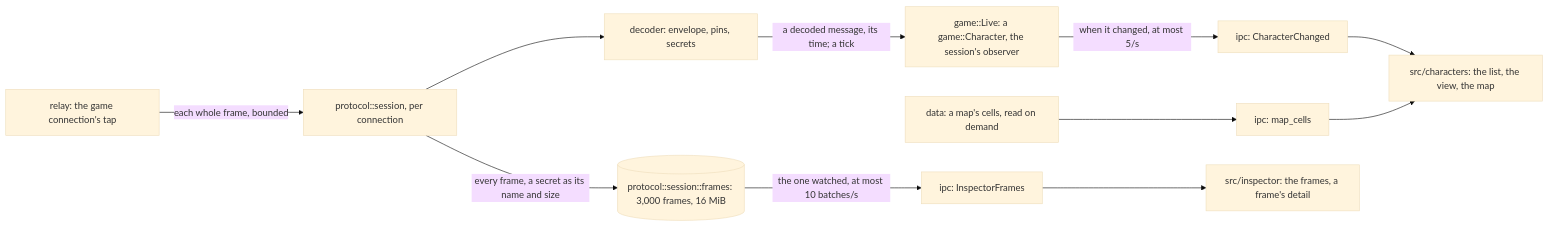
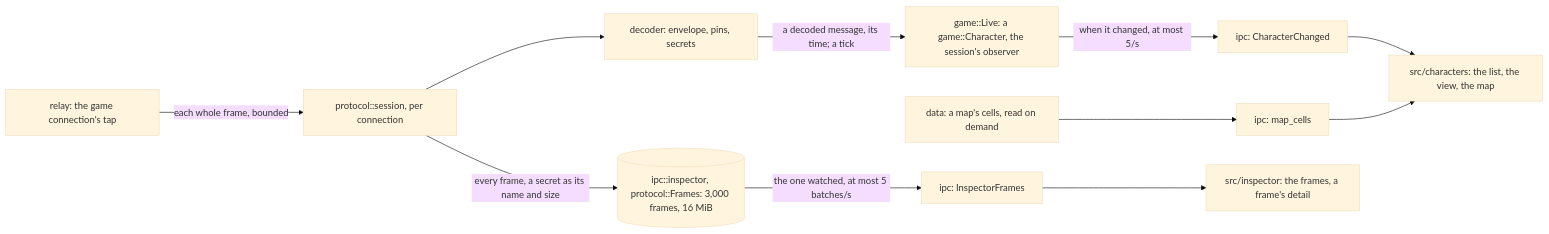
The diagram in docs/game.md (AerafalDev/D3B), drawn with Mermaid (base theme) before and after one commit. The commit also changed 12 other files, not shown here.

Commit message:
feat(ipc): keep each connection's last frames and stream the one watched

````diff
--- a/docs/game.md
+++ b/docs/game.md
@@ -7,13 +7,13 @@
 ```mermaid
 flowchart LR
     tap["relay: the game connection's tap"] -->|"each whole frame, bounded"| task["protocol::session, per connection"]
     task --> dec["decoder: envelope, pins, secrets"]
     dec -->|"a decoded message, its time; a tick"| obs["game::Live: a game::Character, the session's observer"]
-    task -->|"every frame, a secret as its name and size"| ring[("protocol::session::frames: 3,000 frames, 16 MiB")]
+    task -->|"every frame, a secret as its name and size"| ring[("ipc::inspector, protocol::Frames: 3,000 frames, 16 MiB")]
     obs -->|"when it changed, at most 5/s"| ev1["ipc: CharacterChanged"]
-    ring -->|"the one watched, at most 10 batches/s"| ev2["ipc: InspectorFrames"]
+    ring -->|"the one watched, at most 5 batches/s"| ev2["ipc: InspectorFrames"]
     maps["data: a map's cells, read on demand"] --> cmd["ipc: map_cells"]
     ev1 --> view["src/characters: the list, the view, the map"]
     cmd --> view
     ev2 --> insp["src/inspector: the frames, a frame's detail"]
 ```
````
